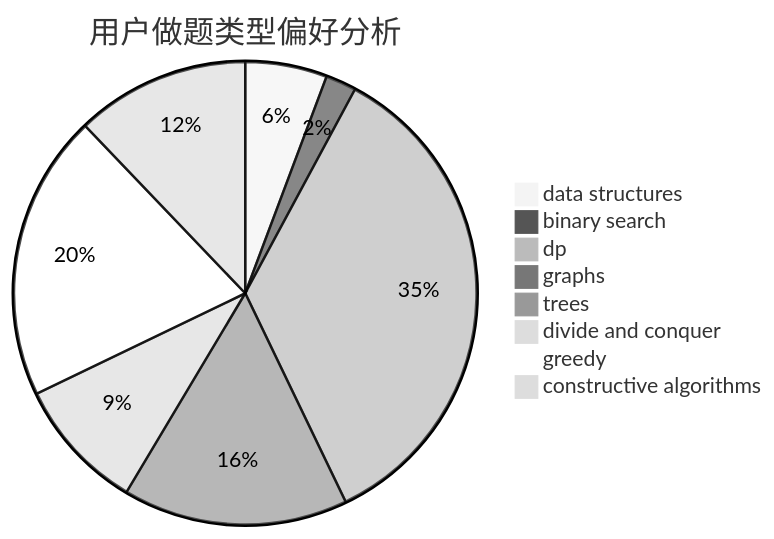
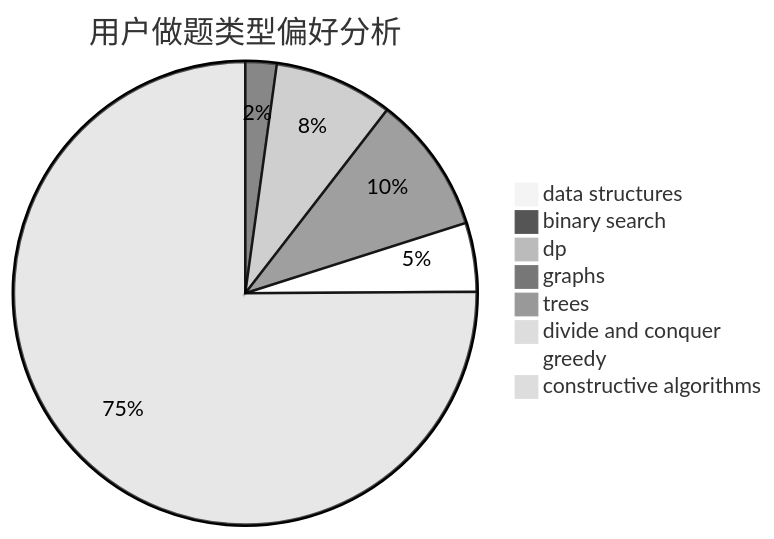
The second of 3 diagrams in docs/user/u495.md (sherpahu/cfrs.github.io), drawn with Mermaid (neutral theme) before and after one commit. The commit also changed other lines of this file and 2770 other files, not shown here.

````diff
--- a/docs/user/u495.md
+++ b/docs/user/u495.md
@@ -23,11 +23,11 @@
 ```mermaid
 pie title 用户做题类型偏好分析
-    "data structures" :  8
-    "binary search" :  3
-    "dp" :  49
-    "graphs" :  0
-    "trees" :  22
-    "divide and conquer" :  13
-    "greedy" :  28
-    "constructive algorithms" :  17
+    "data structures" :  0
+    "binary search" :  10
+    "dp" :  38
+    "graphs" :  44
+    "trees" :  0
+    "divide and conquer" :  0
+    "greedy" :  22
+    "constructive algorithms" :  344
 ```
````
